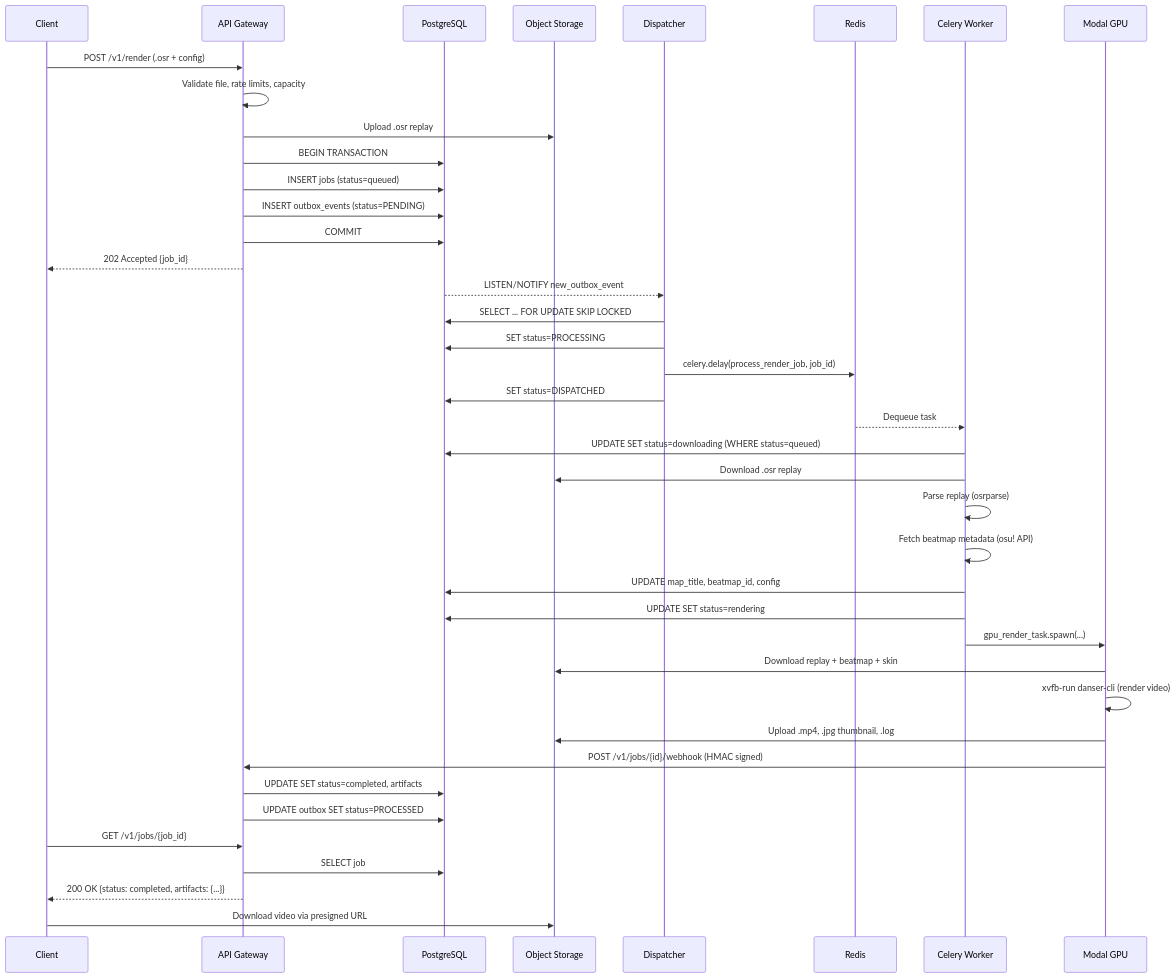
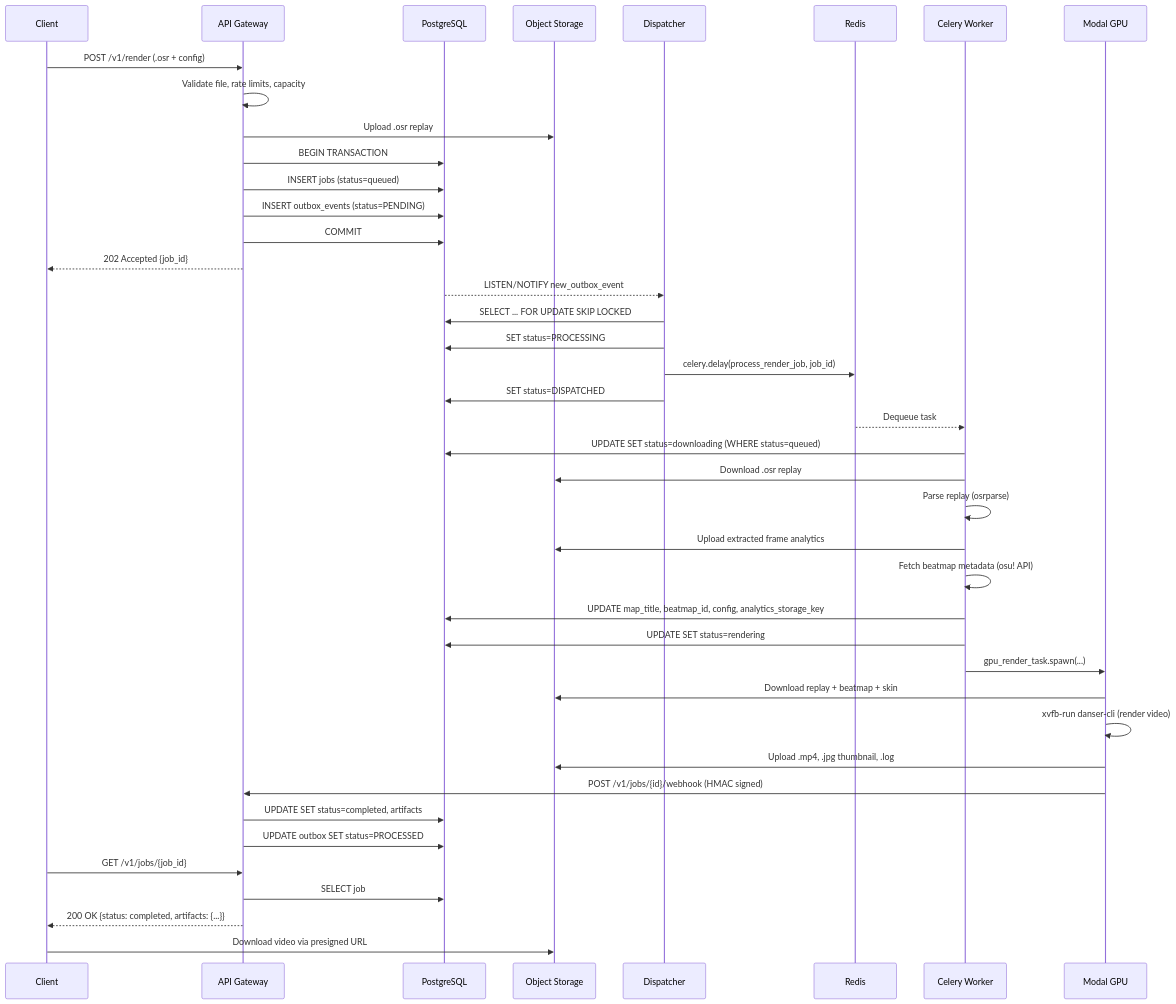
Before and after one commit to Azaken1248/OsuRenderApi: the first of 2 diagrams in docs-site/src/architecture/data-flow.md, drawn with Mermaid. The commit also changed other lines of this file and 5 other files, not shown here.

````diff
--- a/docs-site/src/architecture/data-flow.md
+++ b/docs-site/src/architecture/data-flow.md
@@ -12,48 +12,49 @@
 ```mermaid
 sequenceDiagram
     participant C as Client
     participant A as API Gateway
     participant DB as PostgreSQL
     participant S3 as Object Storage
     participant D as Dispatcher
     participant R as Redis
     participant W as Celery Worker
     participant G as Modal GPU
 
     C->>A: POST /v1/render (.osr + config)
     A->>A: Validate file, rate limits, capacity
     A->>S3: Upload .osr replay
     A->>DB: BEGIN TRANSACTION
     A->>DB: INSERT jobs (status=queued)
     A->>DB: INSERT outbox_events (status=PENDING)
     A->>DB: COMMIT
     A-->>C: 202 Accepted {job_id}
 
     DB-->>D: LISTEN/NOTIFY new_outbox_event
     D->>DB: SELECT ... FOR UPDATE SKIP LOCKED
     D->>DB: SET status=PROCESSING
     D->>R: celery.delay(process_render_job, job_id)
     D->>DB: SET status=DISPATCHED
 
     R-->>W: Dequeue task
     W->>DB: UPDATE SET status=downloading (WHERE status=queued)
     W->>S3: Download .osr replay
     W->>W: Parse replay (osrparse)
+    W->>S3: Upload extracted frame analytics
     W->>W: Fetch beatmap metadata (osu! API)
-    W->>DB: UPDATE map_title, beatmap_id, config
+    W->>DB: UPDATE map_title, beatmap_id, config, analytics_storage_key
 
     W->>DB: UPDATE SET status=rendering
     W->>G: gpu_render_task.spawn(...)
     G->>S3: Download replay + beatmap + skin
     G->>G: xvfb-run danser-cli (render video)
     G->>S3: Upload .mp4, .jpg thumbnail, .log
     G->>A: POST /v1/jobs/{id}/webhook (HMAC signed)
 
     A->>DB: UPDATE SET status=completed, artifacts
     A->>DB: UPDATE outbox SET status=PROCESSED
 
     C->>A: GET /v1/jobs/{job_id}
     A->>DB: SELECT job
     A-->>C: 200 OK {status: completed, artifacts: {...}}
     C->>S3: Download video via presigned URL
 ```
````
